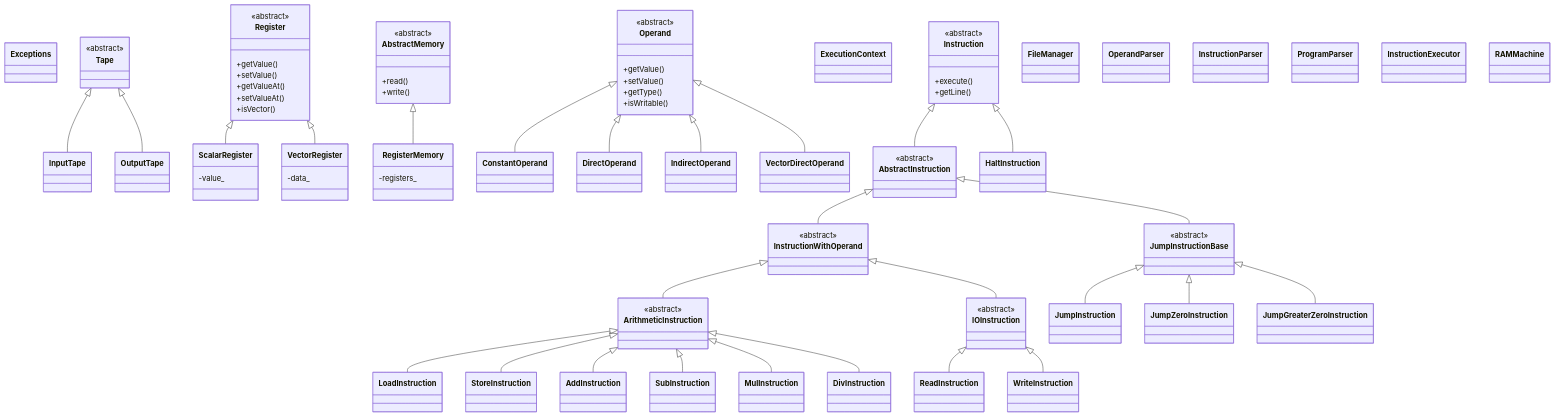
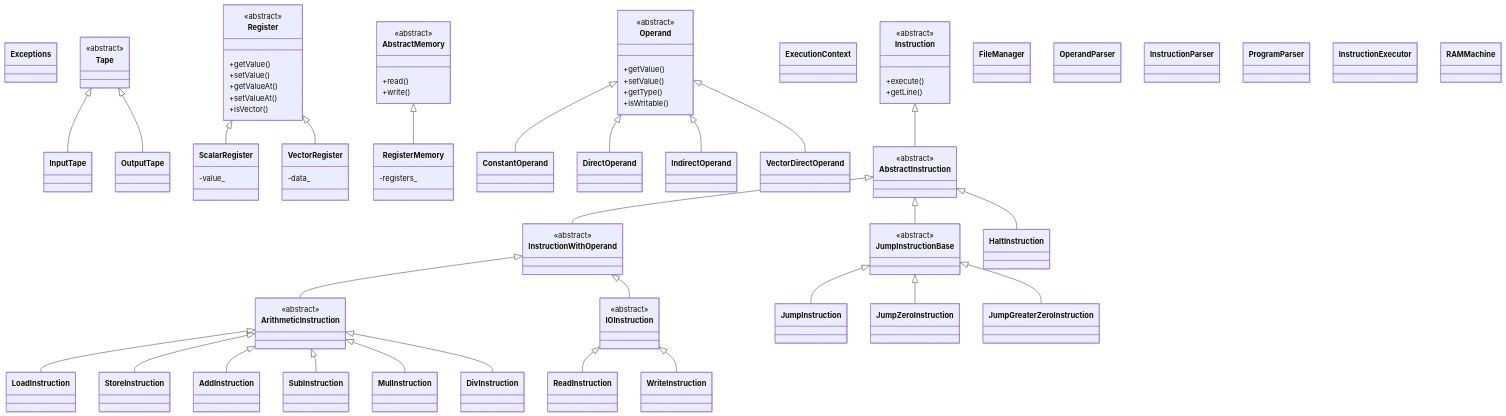
One commit to Marco-Perez-Padilla/RAM-DYA changed the diagram in README.md. Above: the diagram before and after it, drawn with Mermaid.

Commit message:
Update class hierarchy in README

```diff
--- a/README.md
+++ b/README.md
@@ -113,7 +113,7 @@
     InstructionWithOperand <|-- IOInstruction
     IOInstruction <|-- ReadInstruction
     IOInstruction <|-- WriteInstruction
-    Instruction <|-- HaltInstruction
+    AbstractInstruction <|-- HaltInstruction
 
     class FileManager
 
```
